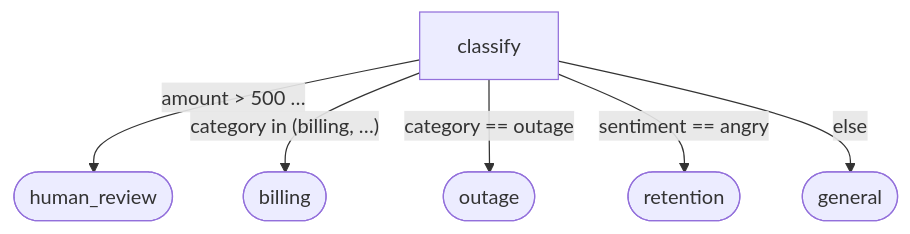
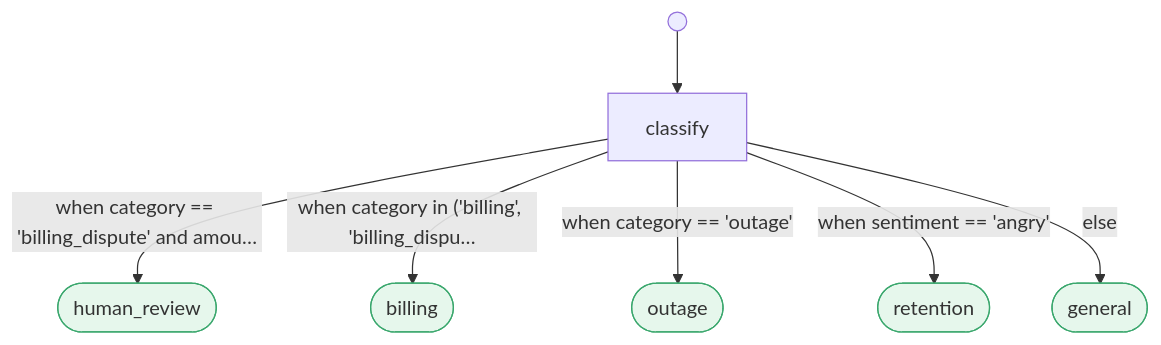
One commit to crystal-warden/prism-path changed the diagram in README.md. Above: the diagram before and after it, drawn with Mermaid. The commit also changed other lines of this file and 3 other files, not shown here.

````diff
--- a/README.md
+++ b/README.md
@@ -41,9 +51,17 @@
 ```mermaid
-graph TD
-  classify["classify"]
-  classify -->|"amount > 500 …"| human_review(["human_review"])
-  classify -->|"category in (billing, …)"| billing(["billing"])
-  classify -->|"category == outage"| outage(["outage"])
-  classify -->|"sentiment == angry"| retention(["retention"])
-  classify -->|"else"| general(["general"])
+flowchart TD
+    _start(( )) --> classify
+    classify["classify"]
+    human_review(["human_review"])
+    billing(["billing"])
+    outage(["outage"])
+    retention(["retention"])
+    general(["general"])
+    classify -->|"when category == 'billing_dispute' and amou…"| human_review
+    classify -->|"when category in ('billing', 'billing_dispu…"| billing
+    classify -->|"when category == 'outage'"| outage
+    classify -->|"when sentiment == 'angry'"| retention
+    classify -->|"else"| general
+    classDef terminal fill:#e6f7ec,stroke:#3aa76d;
+    class human_review,billing,outage,retention,general terminal;
 ```
````
